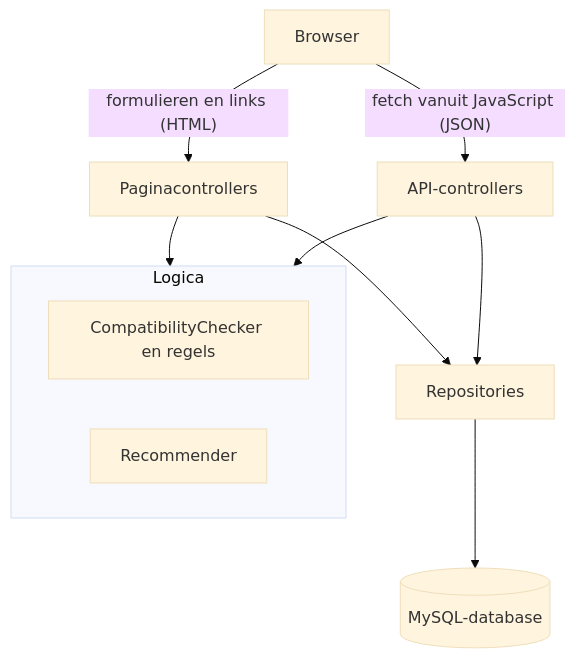
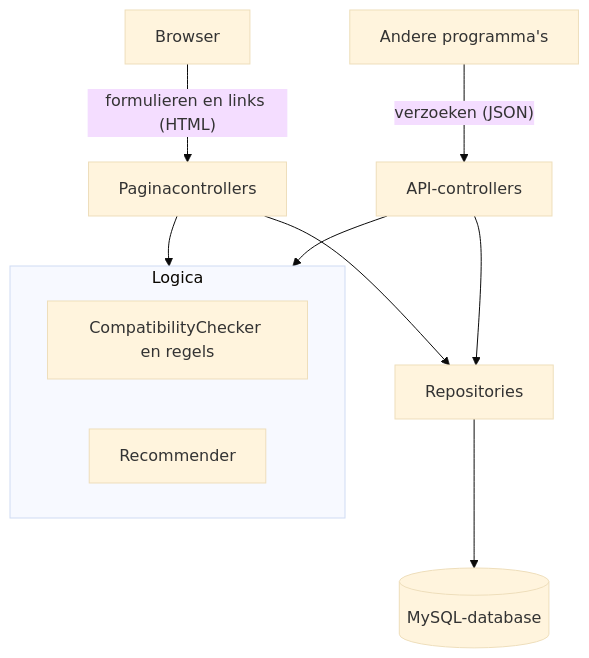
The first of 9 diagrams in docs/ontwerp.md (Niels023/pc-bouwplanner), drawn with Mermaid (base theme) before and after one commit. The commit also changed other lines of this file and 4 other files, not shown here.

````diff
--- a/docs/ontwerp.md
+++ b/docs/ontwerp.md
@@ -9,15 +9,16 @@
 ```mermaid
 flowchart TB
     browser[Browser]
+    client[Andere programma's]
     browser -->|"formulieren en links (HTML)"| pages[Paginacontrollers]
-    browser -->|"fetch vanuit JavaScript (JSON)"| api[API-controllers]
+    client -->|"verzoeken (JSON)"| api[API-controllers]
     subgraph logica [Logica]
         checker[CompatibilityChecker en regels]
         recommender[Recommender]
     end
     pages --> logica
     api --> logica
     pages --> repos[Repositories]
     api --> repos
     repos --> db[(MySQL-database)]
 ```
````
